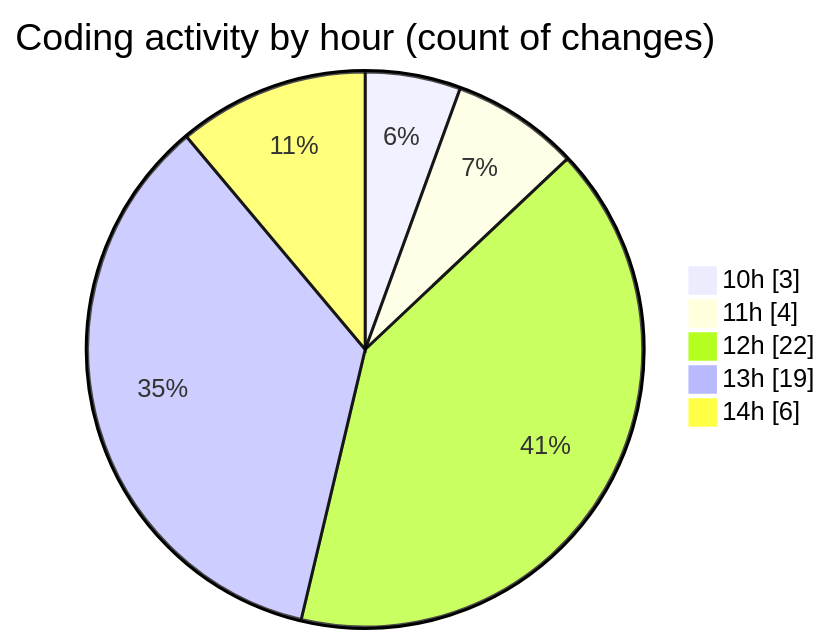
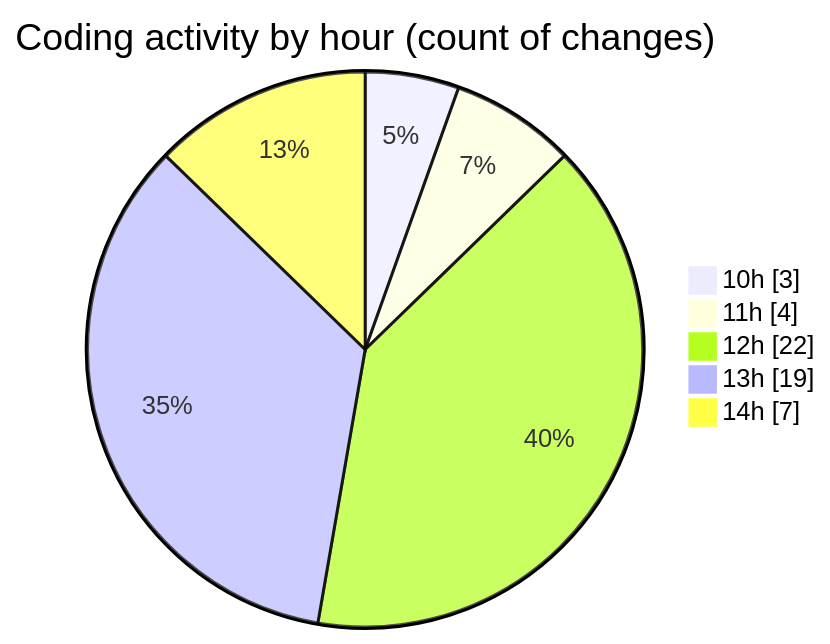
The second of 2 diagrams in 2026-05-18/cda/README.md (momahboobian/code-tracking), drawn with Mermaid before and after one commit. The commit also changed other lines of this file and 1 other file, not shown here.

````diff
--- a/2026-05-18/cda/README.md
+++ b/2026-05-18/cda/README.md
@@ -49,9 +49,9 @@
 ```mermaid
 pie showData
 title Coding activity by hour (count of changes)
 "10h" : 3
 "11h" : 4
 "12h" : 22
 "13h" : 19
-"14h" : 6
+"14h" : 7
 ```
````
